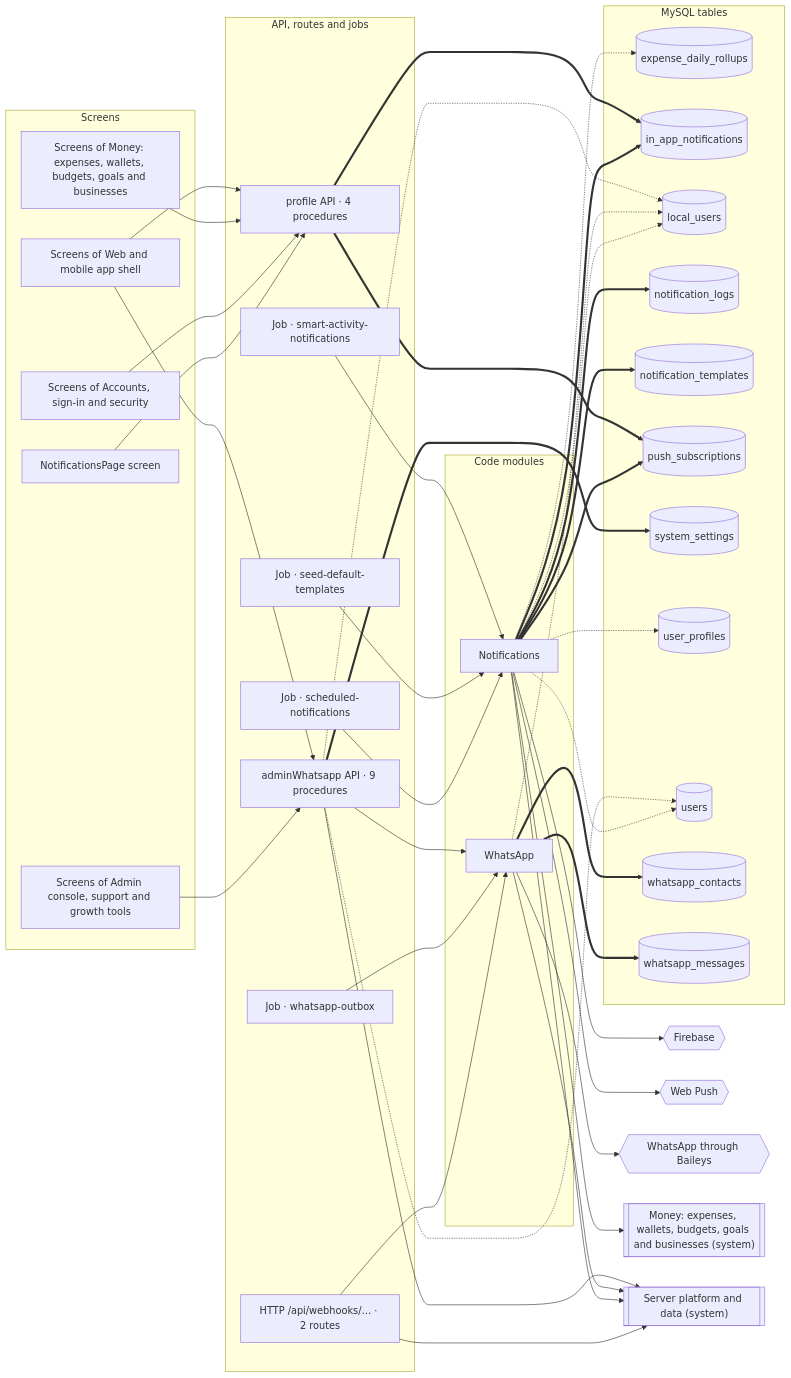
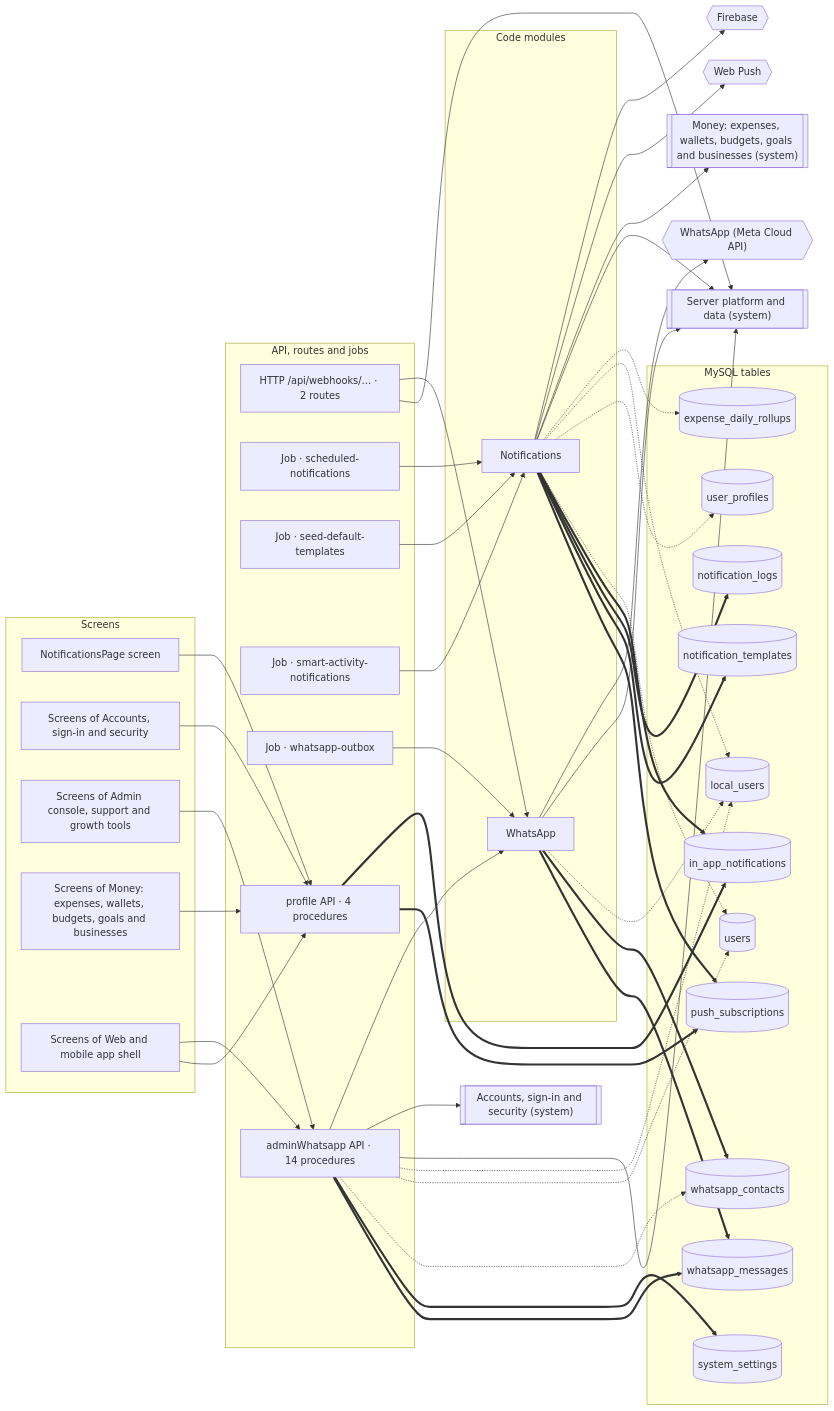
The diagram in docs/atlas/systems/notifications.md (mahmoudtaherr111/smartspend_mini_all), drawn with Mermaid before and after one commit. The commit also changed other lines of this file and 227 other files, not shown here.

````diff
--- a/docs/atlas/systems/notifications.md
+++ b/docs/atlas/systems/notifications.md
@@ -13,77 +13,81 @@
 ```mermaid
 flowchart LR
   subgraph g_screens["Screens"]
     page_NotificationsPage["NotificationsPage screen"]
     screens_accounts["Screens of Accounts, sign-in and security"]
     screens_admin["Screens of Admin console, support and growth tools"]
     screens_money["Screens of Money: expenses, wallets, budgets, goals and businesses"]
     screens_web_app["Screens of Web and mobile app shell"]
   end
   subgraph g_api["API, routes and jobs"]
     http__api_webhooks["HTTP /api/webhooks/… · 2 routes"]
     job_scheduled_notifications["Job · scheduled-notifications"]
     job_seed_default_templates["Job · seed-default-templates"]
     job_smart_activity_notifications["Job · smart-activity-notifications"]
     job_whatsapp_outbox["Job · whatsapp-outbox"]
-    router_adminWhatsapp["adminWhatsapp API · 9 procedures"]
+    router_adminWhatsapp["adminWhatsapp API · 14 procedures"]
     router_profile["profile API · 4 procedures"]
   end
   subgraph g_modules["Code modules"]
     mod_notifications["Notifications"]
     mod_whatsapp["WhatsApp"]
   end
   subgraph g_tables["MySQL tables"]
     tbl_expense_daily_rollups[("expense_daily_rollups")]
     tbl_in_app_notifications[("in_app_notifications")]
     tbl_local_users[("local_users")]
     tbl_notification_logs[("notification_logs")]
     tbl_notification_templates[("notification_templates")]
     tbl_push_subscriptions[("push_subscriptions")]
     tbl_system_settings[("system_settings")]
     tbl_user_profiles[("user_profiles")]
     tbl_users[("users")]
     tbl_whatsapp_contacts[("whatsapp_contacts")]
     tbl_whatsapp_messages[("whatsapp_messages")]
   end
   ext_firebase{{"Firebase"}}
   ext_web_push{{"Web Push"}}
-  ext_whatsapp{{"WhatsApp through Baileys"}}
+  ext_whatsapp{{"WhatsApp (Meta Cloud API)"}}
+  sys_accounts[["Accounts, sign-in and security (system)"]]
   sys_money[["Money: expenses, wallets, budgets, goals and businesses (system)"]]
   sys_platform[["Server platform and data (system)"]]
   http__api_webhooks --> mod_whatsapp
   http__api_webhooks --> sys_platform
   job_scheduled_notifications --> mod_notifications
   job_seed_default_templates --> mod_notifications
   job_smart_activity_notifications --> mod_notifications
   job_whatsapp_outbox --> mod_whatsapp
   mod_notifications --> ext_firebase
   mod_notifications --> ext_web_push
   mod_notifications --> sys_money
   mod_notifications --> sys_platform
   mod_notifications -.-> tbl_expense_daily_rollups
   mod_notifications -.-> tbl_local_users
   mod_notifications -.-> tbl_user_profiles
   mod_notifications -.-> tbl_users
   mod_notifications ==> tbl_in_app_notifications
   mod_notifications ==> tbl_notification_logs
   mod_notifications ==> tbl_notification_templates
   mod_notifications ==> tbl_push_subscriptions
   mod_whatsapp --> ext_whatsapp
   mod_whatsapp --> sys_platform
   mod_whatsapp -.-> tbl_local_users
   mod_whatsapp ==> tbl_whatsapp_contacts
   mod_whatsapp ==> tbl_whatsapp_messages
   page_NotificationsPage --> router_profile
   router_adminWhatsapp --> mod_whatsapp
+  router_adminWhatsapp --> sys_accounts
   router_adminWhatsapp --> sys_platform
   router_adminWhatsapp -.-> tbl_local_users
   router_adminWhatsapp -.-> tbl_users
+  router_adminWhatsapp -.-> tbl_whatsapp_contacts
   router_adminWhatsapp ==> tbl_system_settings
+  router_adminWhatsapp ==> tbl_whatsapp_messages
   router_profile ==> tbl_in_app_notifications
   router_profile ==> tbl_push_subscriptions
   screens_accounts --> router_profile
   screens_admin --> router_adminWhatsapp
   screens_money --> router_profile
   screens_web_app --> router_adminWhatsapp
   screens_web_app --> router_profile
 ```
````
